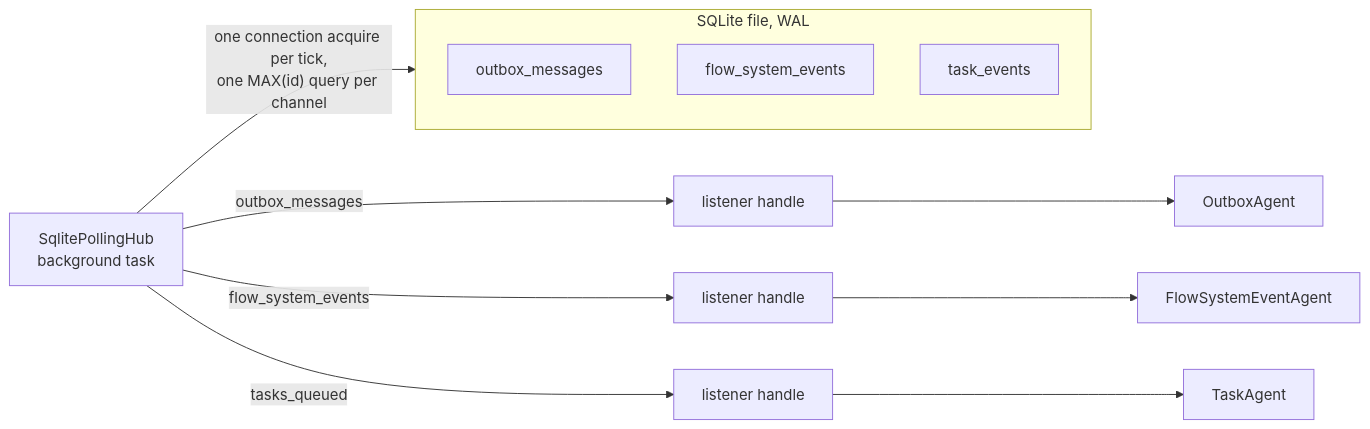
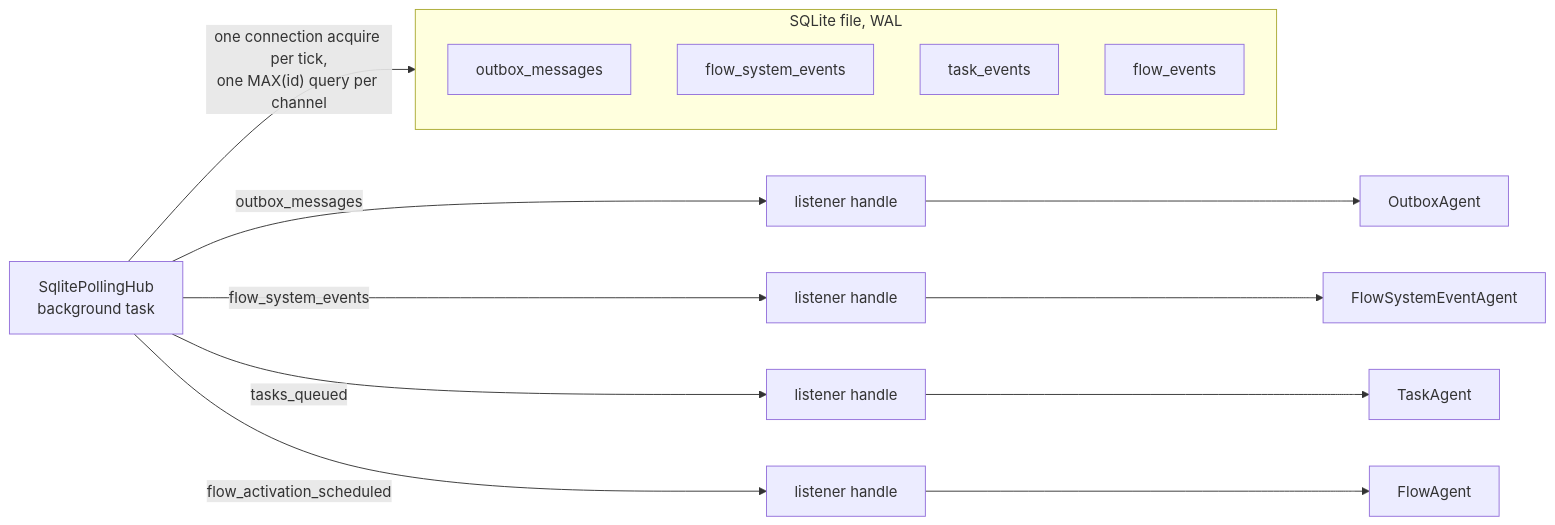
The second of 2 diagrams in docs/internal/wakeup-listeners.md (kamu-data/kamu-cli), drawn with Mermaid before and after one commit. The commit also changed other lines of this file and 185 other files, not shown here.

First line of the commit message:
Flow Agent switched to LISTEN/NOTIFY flow + Prometheus metrics for background agents (#1704)

````diff
--- a/docs/internal/wakeup-listeners.md
+++ b/docs/internal/wakeup-listeners.md
@@ -193,12 +265,14 @@
 ```mermaid
 flowchart LR
     subgraph DB[SQLite file, WAL]
         T1[outbox_messages]
         T2[flow_system_events]
         T3[task_events]
+        T4[flow_events]
     end
     HUB[SqlitePollingHub<br/>background task] -- "one connection acquire per tick,<br/>one MAX(id) query per channel" --> DB
     HUB -- outbox_messages --> L1[listener handle] --> A1[OutboxAgent]
     HUB -- flow_system_events --> L2[listener handle] --> A2[FlowSystemEventAgent]
     HUB -- tasks_queued --> L3[listener handle] --> A3[TaskAgent]
+    HUB -- flow_activation_scheduled --> L4[listener handle] --> A4[FlowAgent]
 ```
````
